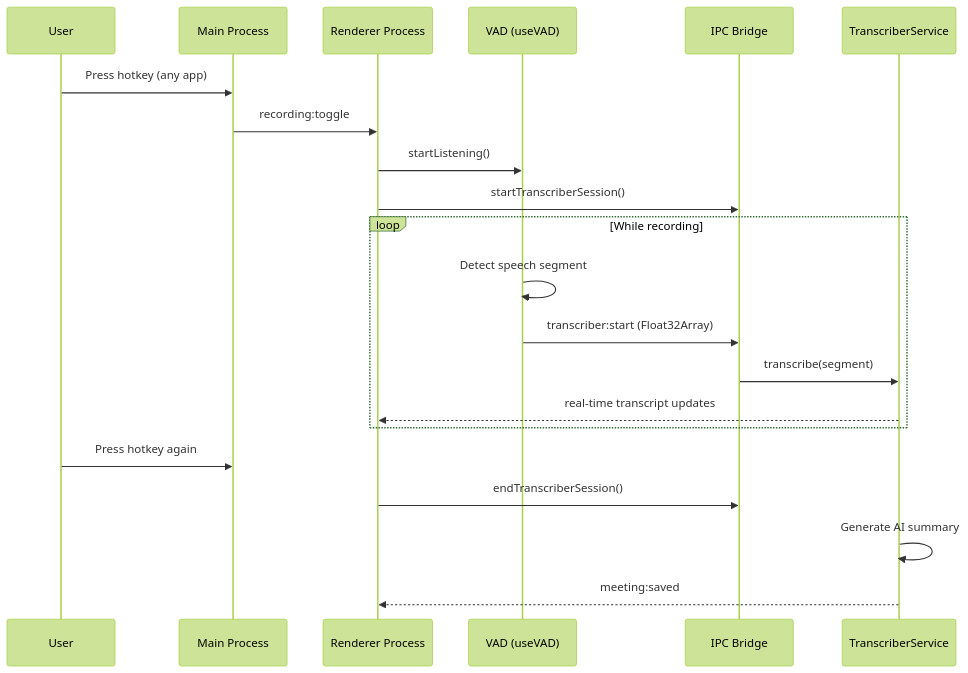
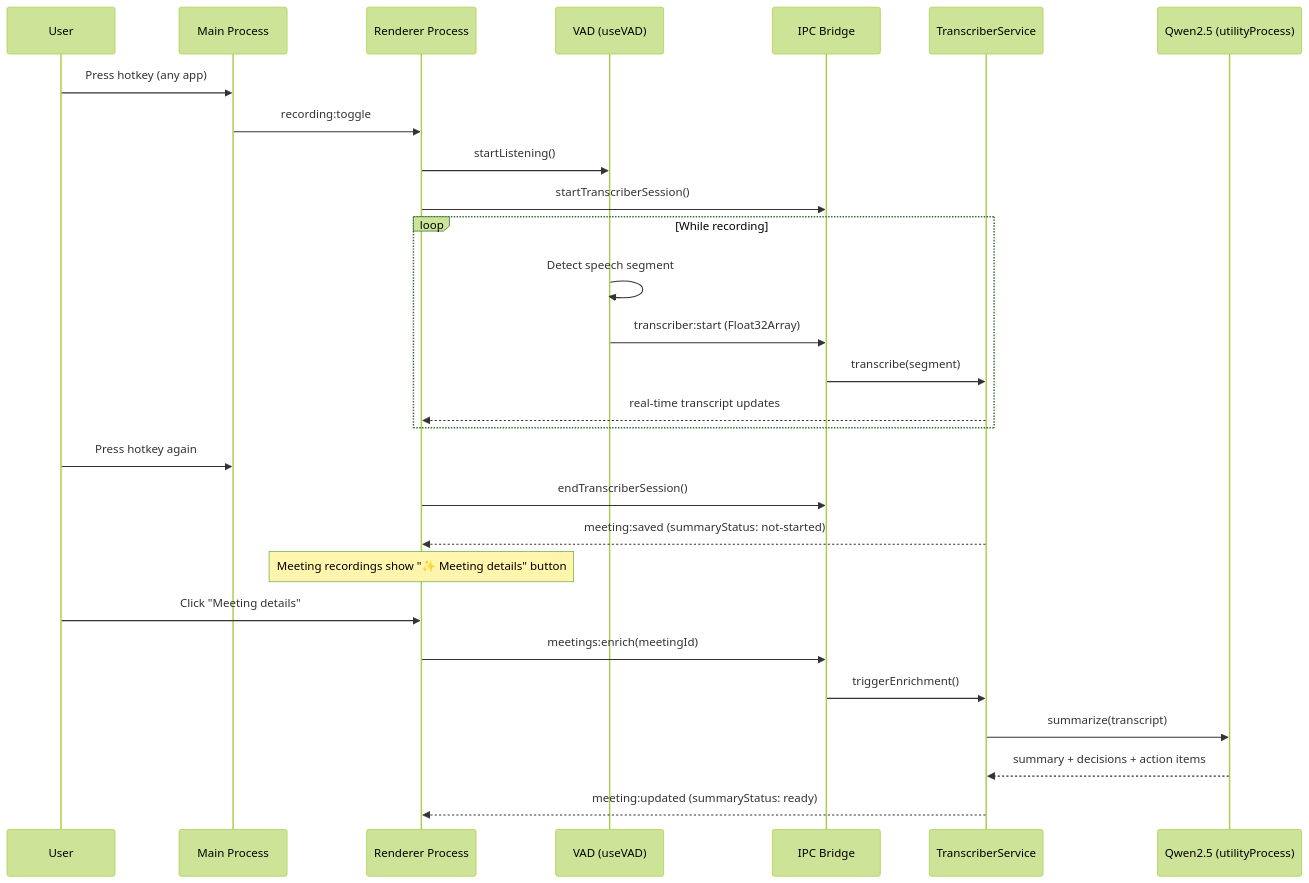
One commit to justanotherkevin/VOA changed the diagram in README.md. Above: the diagram before and after it, drawn with Mermaid (forest theme). The commit also changed other lines of this file and 2 other files, not shown here.

Commit message:
sync: docs: update How It Works diagram for on-demand enrichment

````diff
--- a/README.md
+++ b/README.md
@@ -63,27 +63,35 @@
 ```mermaid
 sequenceDiagram
     participant User
     participant Main as Main Process
     participant Renderer as Renderer Process
     participant VAD as VAD (useVAD)
     participant IPC as IPC Bridge
     participant Transcriber as TranscriberService
+    participant Qwen as Qwen2.5 (utilityProcess)
 
     User->>Main: Press hotkey (any app)
     Main->>Renderer: recording:toggle
 
     Renderer->>VAD: startListening()
     Renderer->>IPC: startTranscriberSession()
 
     loop While recording
         VAD->>VAD: Detect speech segment
         VAD->>IPC: transcriber:start (Float32Array)
         IPC->>Transcriber: transcribe(segment)
         Transcriber-->>Renderer: real-time transcript updates
     end
 
     User->>Main: Press hotkey again
     Renderer->>IPC: endTranscriberSession()
-    Transcriber->>Transcriber: Generate AI summary
-    Transcriber-->>Renderer: meeting:saved
+    Transcriber-->>Renderer: meeting:saved (summaryStatus: not-started)
+
+    Note over Renderer: Meeting recordings show "✨ Meeting details" button
+    User->>Renderer: Click "Meeting details"
+    Renderer->>IPC: meetings:enrich(meetingId)
+    IPC->>Transcriber: triggerEnrichment()
+    Transcriber->>Qwen: summarize(transcript)
+    Qwen-->>Transcriber: summary + decisions + action items
+    Transcriber-->>Renderer: meeting:updated (summaryStatus: ready)
 ```
````
